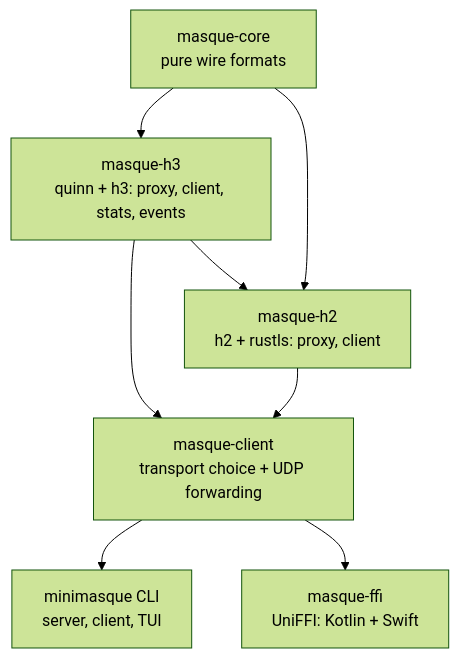
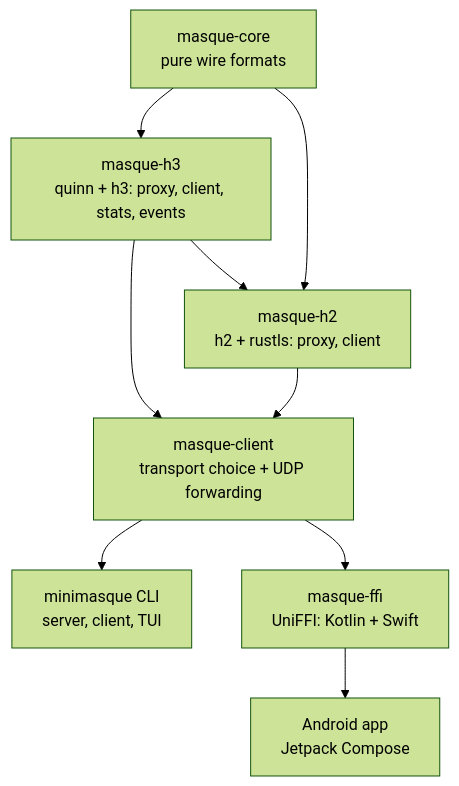
Before and after one commit to naimurhasan/minimasque: the third of 3 diagrams in README.md, drawn with Mermaid (forest theme). The commit also changed other lines of this file and 26 other files, not shown here.

First line of the commit message:
feat: Android app (Jetpack Compose on masque-ffi)

````diff
--- a/README.md
+++ b/README.md
@@ -74,15 +89,17 @@
 ```mermaid
 flowchart TD
     core["masque-core<br/>pure wire formats"]
     h3["masque-h3<br/>quinn + h3: proxy, client, stats, events"]
     h2["masque-h2<br/>h2 + rustls: proxy, client"]
     client["masque-client<br/>transport choice + UDP forwarding"]
     cli["minimasque CLI<br/>server, client, TUI"]
     ffi["masque-ffi<br/>UniFFI: Kotlin + Swift"]
+    android["Android app<br/>Jetpack Compose"]
     core --> h3 --> h2
     core --> h2
     h3 --> client
     h2 --> client
     client --> cli
     client --> ffi
+    ffi --> android
 ```
````
